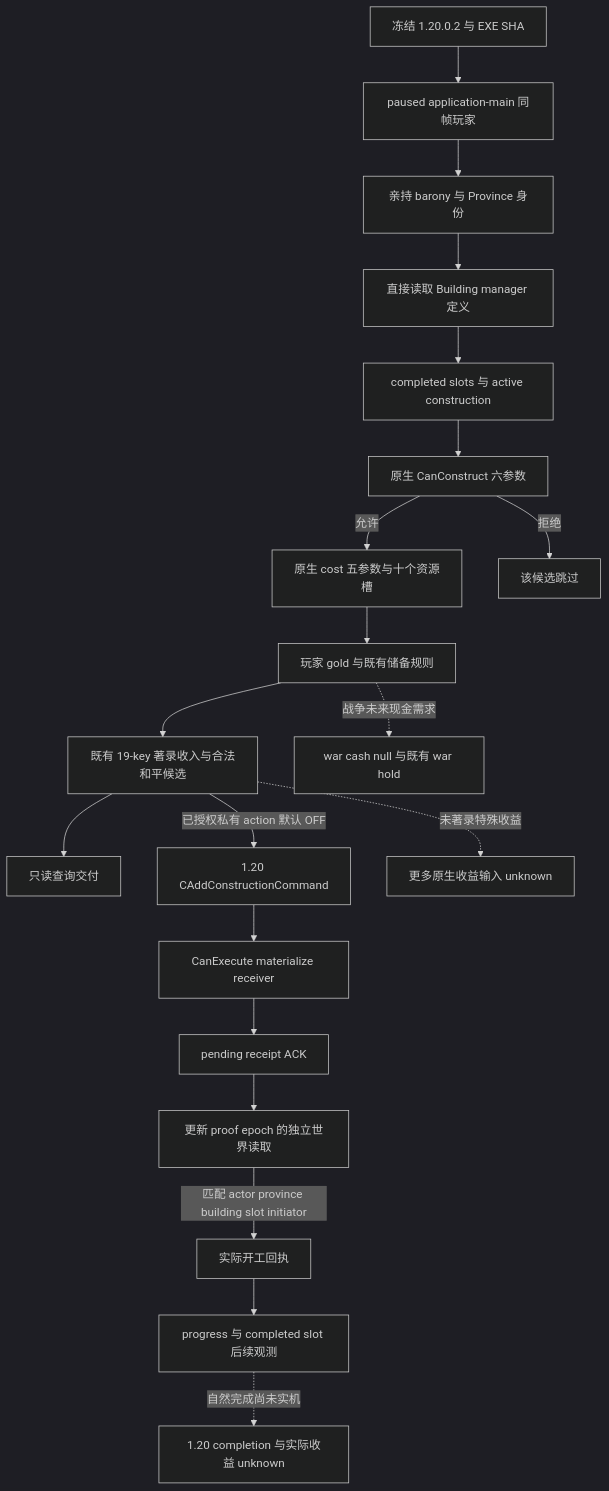
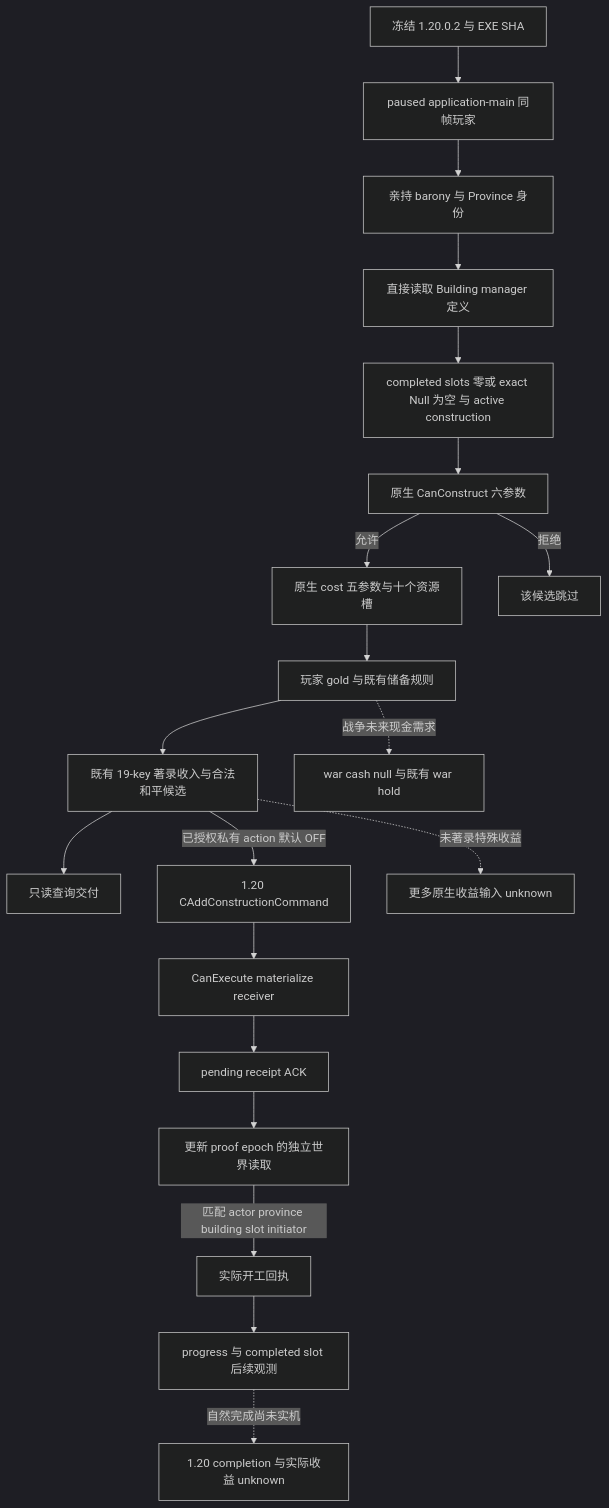
Before and after one commit to XenoAmess/ck3_eternal_recurrence: the diagram in docs/ck3-native-ai/ck3-1.20.0.2-construction.md, drawn with Mermaid (dark theme). The commit also changed other lines of this file and 7 other files, not shown here.

Commit message:
Fix actual completed building Null slot observation

````diff
--- a/docs/ck3-native-ai/ck3-1.20.0.2-construction.md
+++ b/docs/ck3-native-ai/ck3-1.20.0.2-construction.md
@@ -34,22 +35,22 @@
 ```mermaid
 flowchart TD
     V[冻结 1.20.0.2 与 EXE SHA] --> P[paused application-main 同帧玩家]
     P --> H[亲持 barony 与 Province 身份]
     H --> D[直接读取 Building manager 定义]
-    D --> S[completed slots 与 active construction]
+    D --> S[completed slots 零或 exact Null 为空 与 active construction]
     S --> L[原生 CanConstruct 六参数]
     L -->|允许| C[原生 cost 五参数与十个资源槽]
     L -->|拒绝| N[该候选跳过]
     C --> G[玩家 gold 与既有储备规则]
     G --> B[既有 19-key 著录收入与合法和平候选]
     B --> Q[只读查询交付]
     B -->|已授权私有 action 默认 OFF| A[1.20 CAddConstructionCommand]
     A --> X[CanExecute materialize receiver]
     X --> K[pending receipt ACK]
     K --> R[更新 proof epoch 的独立世界读取]
     R -->|匹配 actor province building slot initiator| T[实际开工回执]
     T --> F[progress 与 completed slot 后续观测]
     F -. 自然完成尚未实机 .-> U[1.20 completion 与实际收益 unknown]
     B -. 未著录特殊收益 .-> E[更多原生收益输入 unknown]
     G -. 战争未来现金需求 .-> W[war cash null 与既有 war hold]
 ```
````
